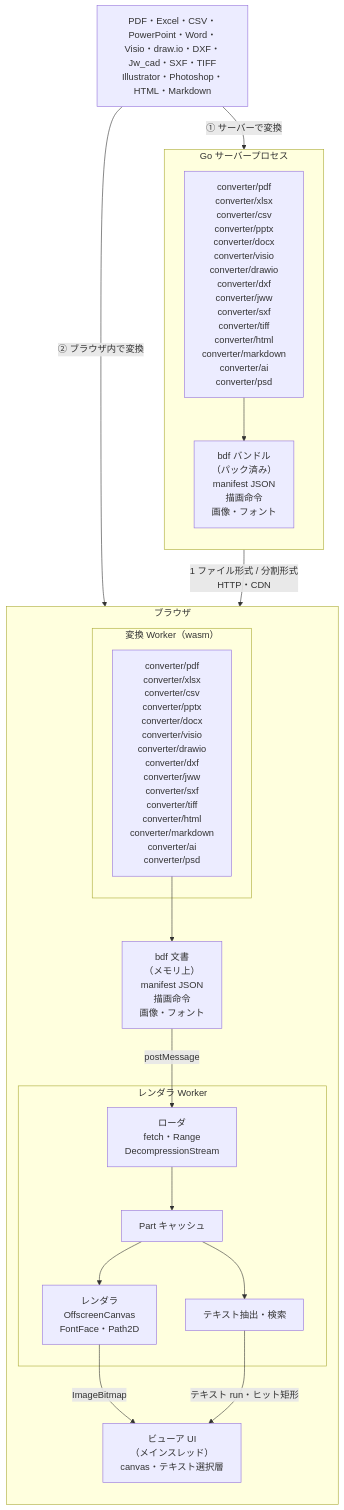
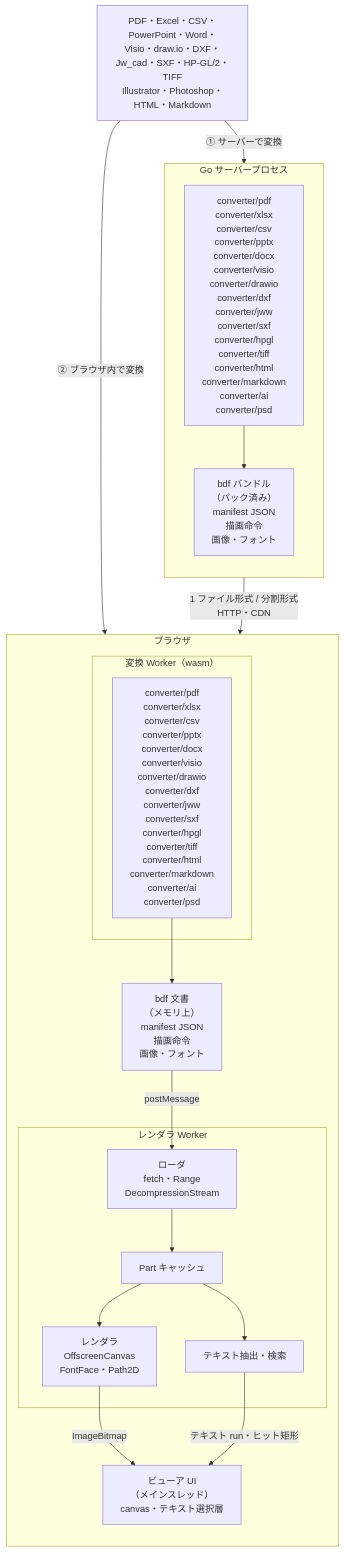
The diagram in README.ja.md (shibukawa/bdf), drawn with Mermaid before and after one commit. The commit also changed other lines of this file and 42 other files, not shown here.

````diff
--- a/README.ja.md
+++ b/README.ja.md
@@ -20,37 +20,37 @@
 ```mermaid
 flowchart TB
-    SRC["PDF・Excel・CSV・PowerPoint・Word・Visio・draw.io・DXF・Jw_cad・SXF・TIFF<br/>Illustrator・Photoshop・HTML・Markdown"]
+    SRC["PDF・Excel・CSV・PowerPoint・Word・Visio・draw.io・DXF・Jw_cad・SXF・HP-GL/2・TIFF<br/>Illustrator・Photoshop・HTML・Markdown"]
 
     subgraph SERVER["Go サーバープロセス"]
         direction TB
-        SCONV["converter/pdf<br/>converter/xlsx<br/>converter/csv<br/>converter/pptx<br/>converter/docx<br/>converter/visio<br/>converter/drawio<br/>converter/dxf<br/>converter/jww<br/>converter/sxf<br/>converter/tiff<br/>converter/html<br/>converter/markdown<br/>converter/ai<br/>converter/psd"]
+        SCONV["converter/pdf<br/>converter/xlsx<br/>converter/csv<br/>converter/pptx<br/>converter/docx<br/>converter/visio<br/>converter/drawio<br/>converter/dxf<br/>converter/jww<br/>converter/sxf<br/>converter/hpgl<br/>converter/tiff<br/>converter/html<br/>converter/markdown<br/>converter/ai<br/>converter/psd"]
         BUNDLE["bdf バンドル<br/>（パック済み）<br/>manifest JSON<br/>描画命令<br/>画像・フォント"]
         SCONV --> BUNDLE
     end
 
     subgraph BROWSER["ブラウザ"]
         direction TB
         subgraph CWORKER["変換 Worker（wasm）"]
-            WCONV["converter/pdf<br/>converter/xlsx<br/>converter/csv<br/>converter/pptx<br/>converter/docx<br/>converter/visio<br/>converter/drawio<br/>converter/dxf<br/>converter/jww<br/>converter/sxf<br/>converter/tiff<br/>converter/html<br/>converter/markdown<br/>converter/ai<br/>converter/psd"]
+            WCONV["converter/pdf<br/>converter/xlsx<br/>converter/csv<br/>converter/pptx<br/>converter/docx<br/>converter/visio<br/>converter/drawio<br/>converter/dxf<br/>converter/jww<br/>converter/sxf<br/>converter/hpgl<br/>converter/tiff<br/>converter/html<br/>converter/markdown<br/>converter/ai<br/>converter/psd"]
         end
         PARTS["bdf 文書<br/>（メモリ上）<br/>manifest JSON<br/>描画命令<br/>画像・フォント"]
         subgraph RWORKER["レンダラ Worker"]
             LOADER["ローダ<br/>fetch・Range<br/>DecompressionStream"]
             STORE["Part キャッシュ"]
             RENDER["レンダラ<br/>OffscreenCanvas<br/>FontFace・Path2D"]
             TEXT["テキスト抽出・検索"]
             LOADER --> STORE
             STORE --> RENDER
             STORE --> TEXT
         end
         UI["ビューア UI<br/>（メインスレッド）<br/>canvas・テキスト選択層"]
         WCONV --> PARTS
     end
 
     SRC -- "① サーバーで変換" --> SCONV
     SRC -- "② ブラウザ内で変換" --> WCONV
     BUNDLE -- "1 ファイル形式 / 分割形式<br/>HTTP・CDN" --> LOADER
     PARTS -- "postMessage" --> LOADER
     RENDER -- "ImageBitmap" --> UI
     TEXT -- "テキスト run・ヒット矩形" --> UI
 ```
````
